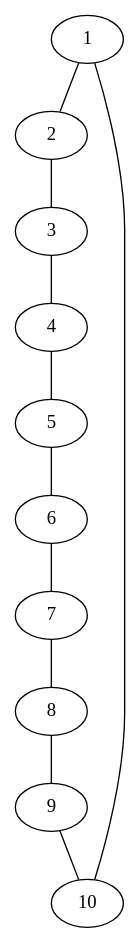
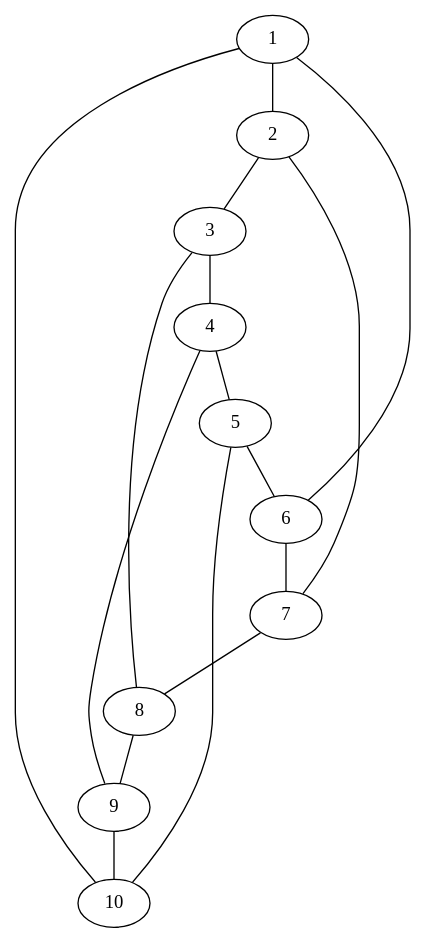
One commit to dzazef/networking-technologies changed the diagram in list2/zad2/graph.dot. Above: the diagram before and after it, drawn with Graphviz. The commit also changed 4 other files, not shown here.

```diff
--- a/list2/zad2/graph.dot
+++ b/list2/zad2/graph.dot
@@ -1,22 +1,27 @@
 strict graph G {
   1;
   2;
   3;
   4;
   5;
   6;
   7;
   8;
   9;
   10;
-  1 -- 10;
   1 -- 2;
   2 -- 3;
   3 -- 4;
   4 -- 5;
   5 -- 6;
   6 -- 7;
   7 -- 8;
   8 -- 9;
   9 -- 10;
+  1 -- 10;
+  1 -- 6;
+  2 -- 7;
+  3 -- 8;
+  4 -- 9;
+  5 -- 10;
 }
```
